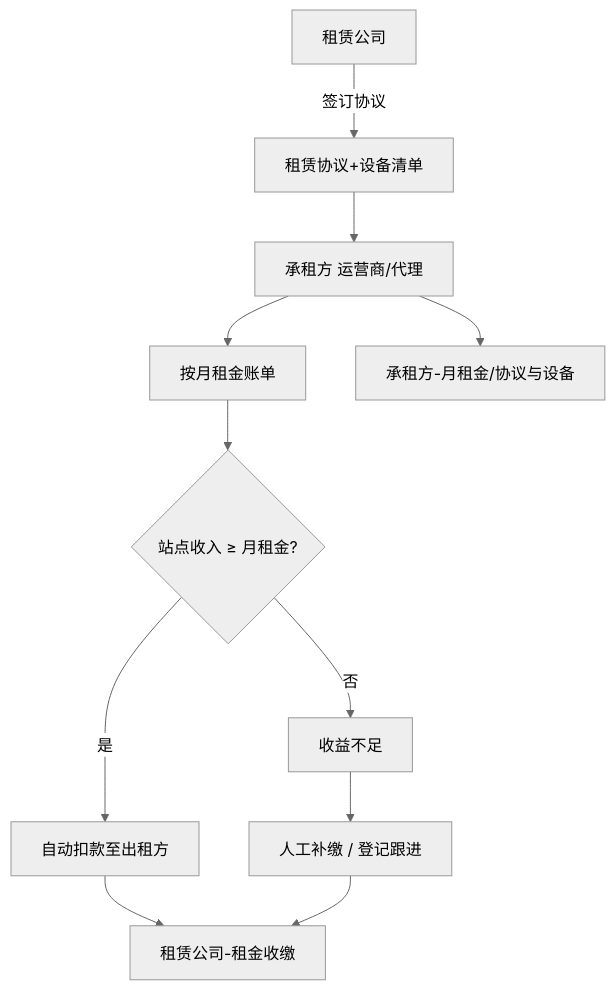
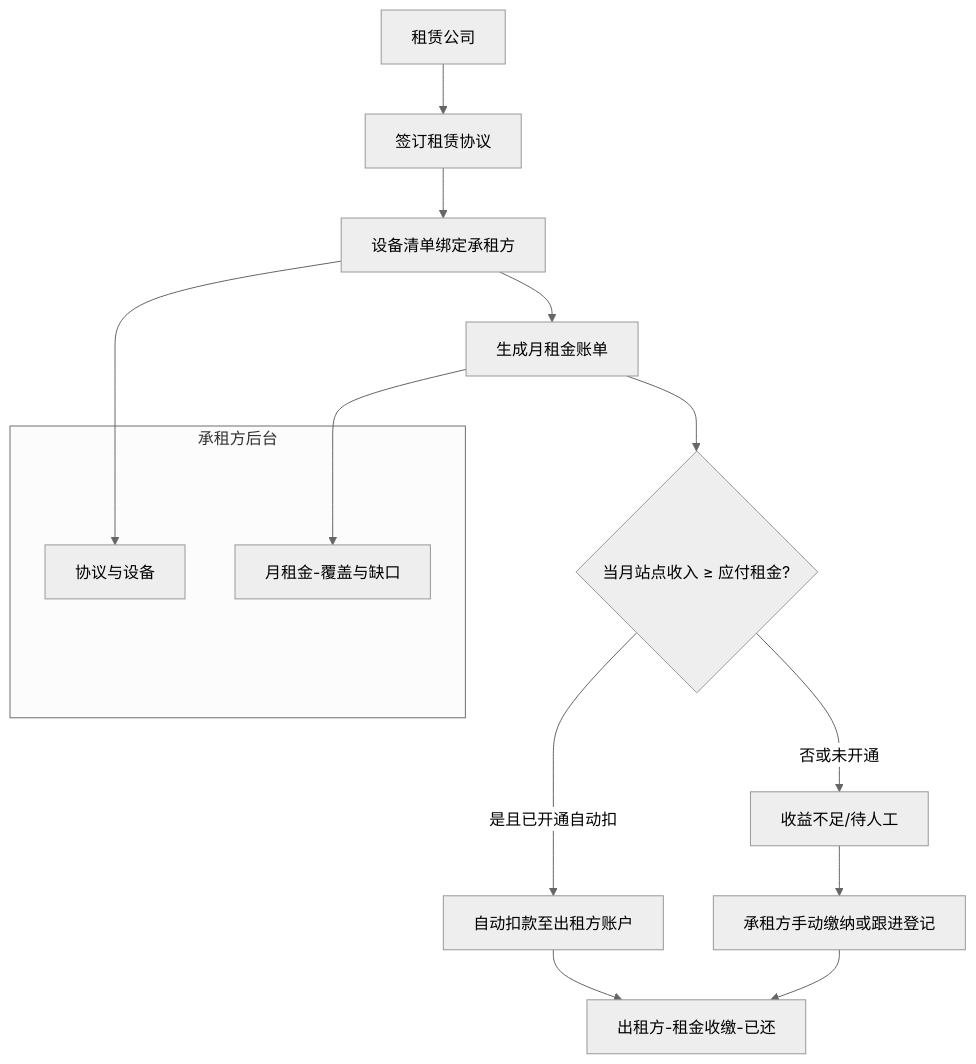
Before and after one commit to liudali/rider-swap-operator-prototype: diagram 13 of 16 in docs/功能结构与业务流程.md, drawn with Mermaid (neutral theme). The commit also changed other lines of this file and 1 other file, not shown here.

Commit message:
Expand core business process flows with steps, states, and edge cases.

````diff
--- a/docs/功能结构与业务流程.md
+++ b/docs/功能结构与业务流程.md
@@ -313,13 +531,20 @@
 ```mermaid
 flowchart TD
-  LeaseCo[租赁公司] -->|签订协议| Contract[租赁协议+设备清单]
-  Contract --> Lessee[承租方 运营商/代理]
-  Lessee --> Bill[按月租金账单]
-  Bill --> Cover{站点收入 ≥ 月租金?}
-  Cover -->|是| Auto[自动扣款至出租方]
-  Cover -->|否| Gap[收益不足]
-  Gap --> Manual[人工补缴 / 登记跟进]
-  Auto --> Collect[租赁公司-租金收缴]
-  Manual --> Collect
-  Lessee --> View[承租方-月租金/协议与设备]
+  L[租赁公司] --> C[签订租赁协议]
+  C --> BIND[设备清单绑定承租方]
+  BIND --> BILL[生成月租金账单]
+
+  BILL --> CHK{当月站点收入 ≥ 应付租金?}
+  CHK -->|是且已开通自动扣| AUTO[自动扣款至出租方账户]
+  CHK -->|否或未开通| GAP[收益不足/待人工]
+  GAP --> MAN[承租方手动缴纳或跟进登记]
+  AUTO --> REC[出租方-租金收缴-已还]
+  MAN --> REC
+
+  subgraph lessee [承租方后台]
+    V1[协议与设备]
+    V2[月租金-覆盖与缺口]
+  end
+  BIND --> V1
+  BILL --> V2
 ```
````
